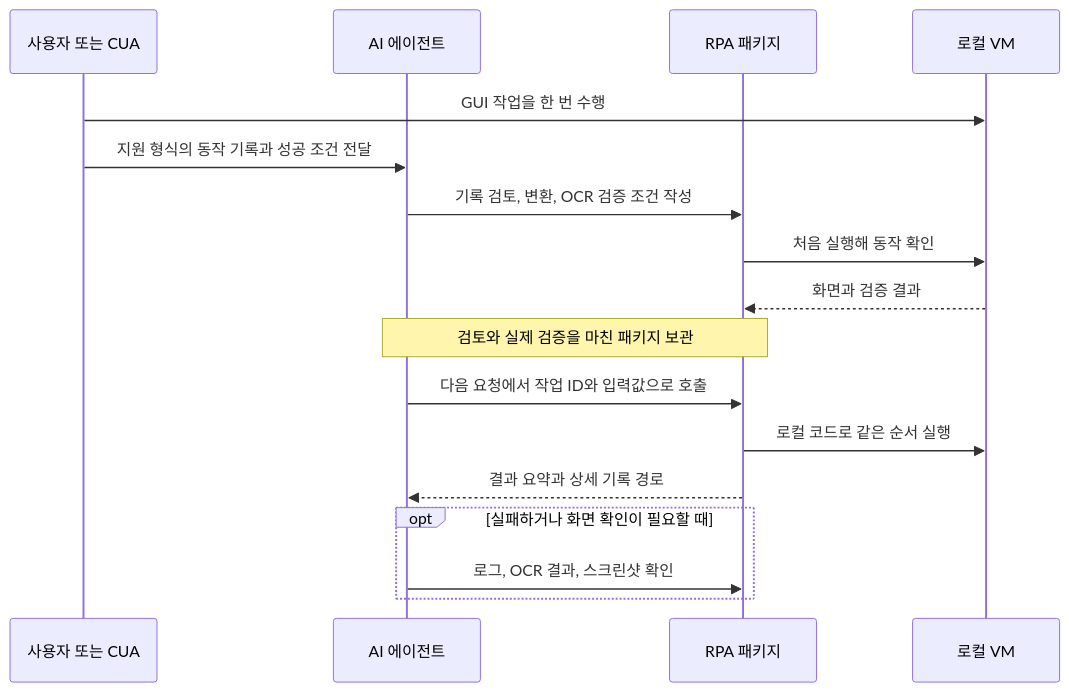
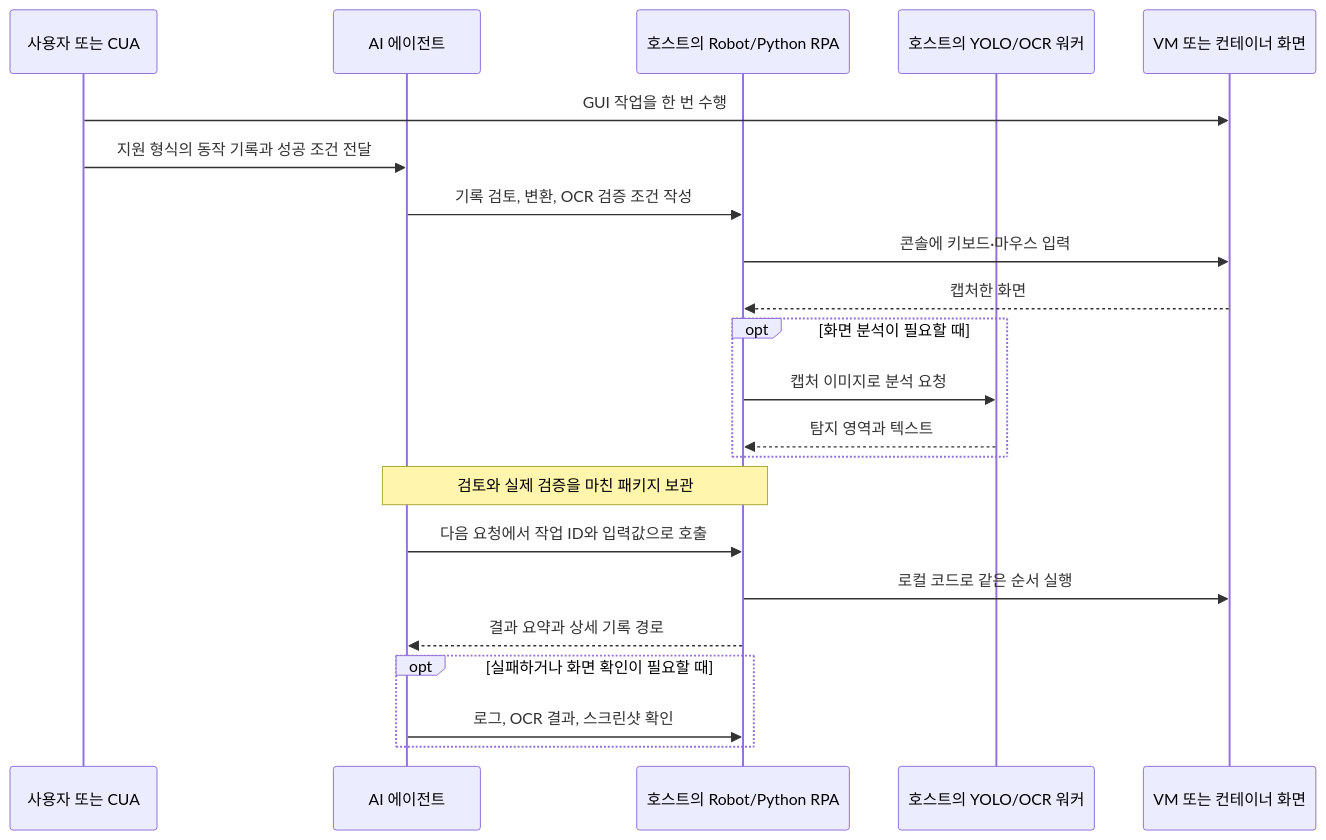
Before and after one commit to wayfarer6/vamp-mcp: the diagram in docs/WORKFLOWS.md, drawn with Mermaid. The commit also changed 3 other files, not shown here.

````diff
--- a/docs/WORKFLOWS.md
+++ b/docs/WORKFLOWS.md
@@ -9,19 +9,24 @@
 ```mermaid
 sequenceDiagram
     participant U as 사용자 또는 CUA
     participant A as AI 에이전트
-    participant P as RPA 패키지
-    participant V as 로컬 VM
+    participant P as 호스트의 Robot/Python RPA
+    participant M as 호스트의 YOLO/OCR 워커
+    participant V as VM 또는 컨테이너 화면
     U->>V: GUI 작업을 한 번 수행
     U->>A: 지원 형식의 동작 기록과 성공 조건 전달
     A->>P: 기록 검토, 변환, OCR 검증 조건 작성
-    P->>V: 처음 실행해 동작 확인
-    V-->>P: 화면과 검증 결과
+    P->>V: 콘솔에 키보드·마우스 입력
+    V-->>P: 캡처한 화면
+    opt 화면 분석이 필요할 때
+        P->>M: 캡처 이미지로 분석 요청
+        M-->>P: 탐지 영역과 텍스트
+    end
     Note over A,P: 검토와 실제 검증을 마친 패키지 보관
     A->>P: 다음 요청에서 작업 ID와 입력값으로 호출
     P->>V: 로컬 코드로 같은 순서 실행
     P-->>A: 결과 요약과 상세 기록 경로
     opt 실패하거나 화면 확인이 필요할 때
         A->>P: 로그, OCR 결과, 스크린샷 확인
     end
 ```
````
